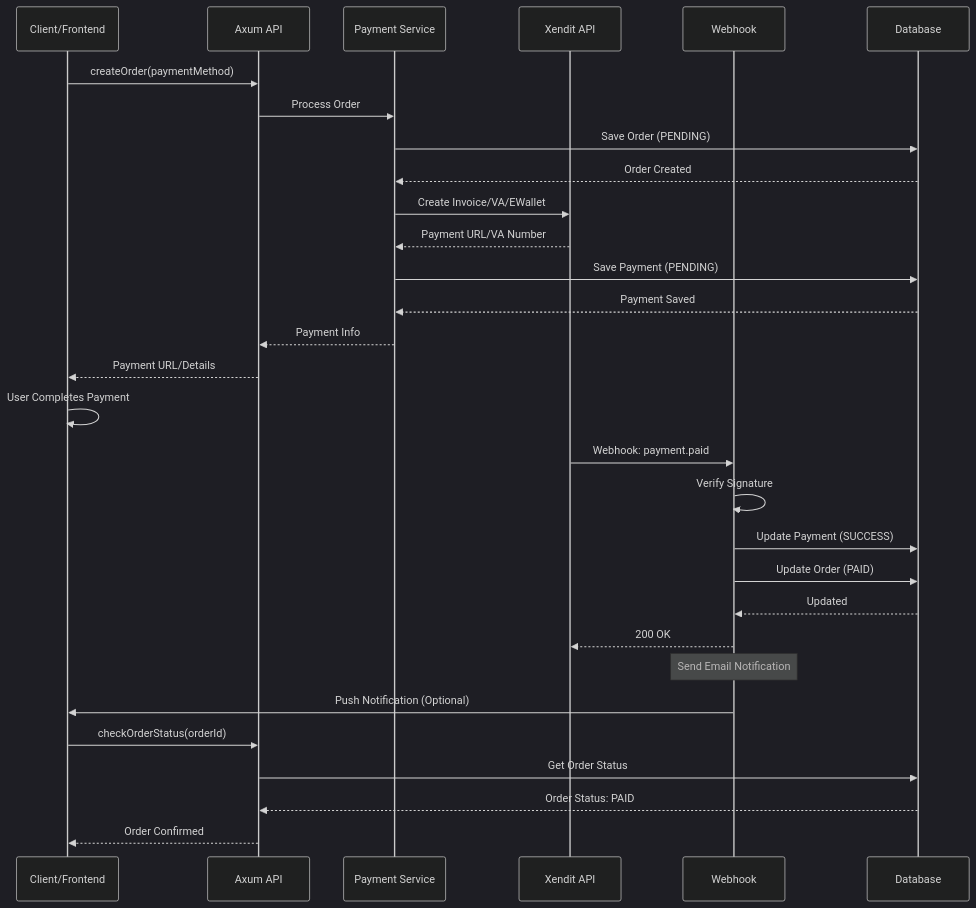
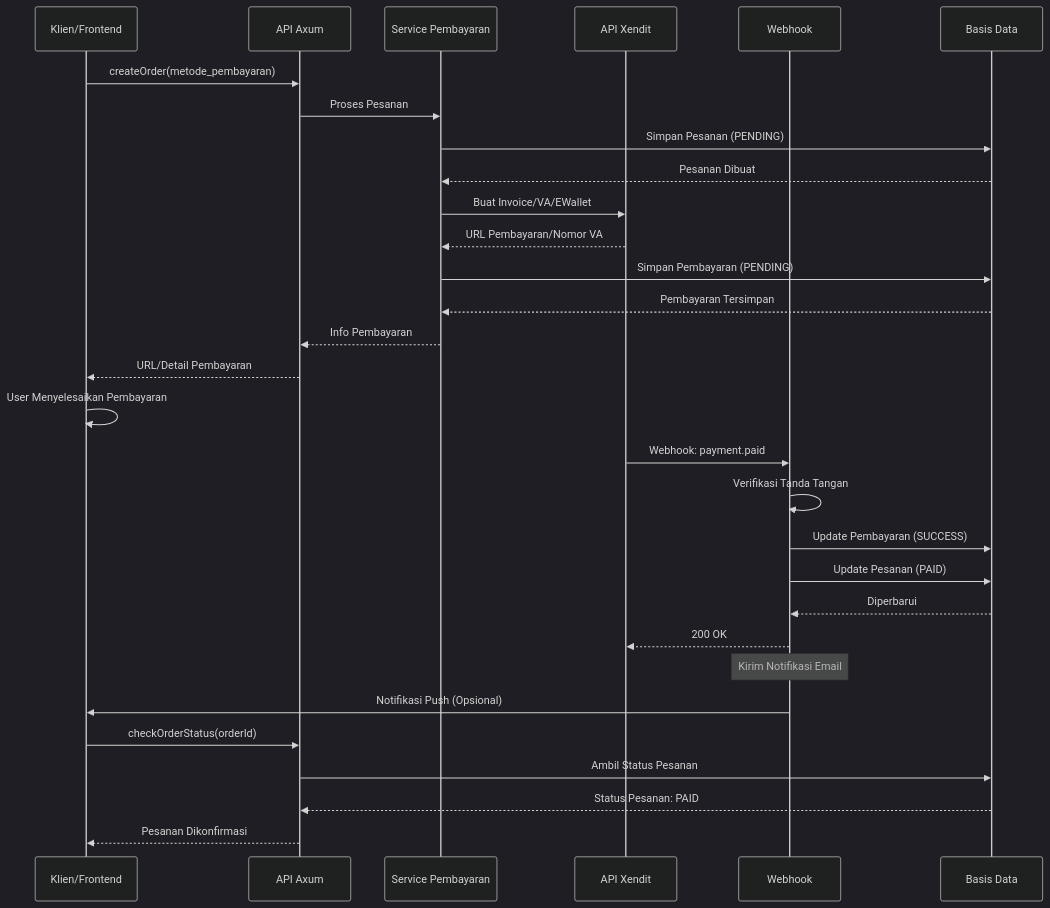
Before and after one commit to Gilbertt1214/be-toko-online-rust: the second of 4 diagrams in README.md, drawn with Mermaid (dark theme). The commit also changed other lines of this file, not shown here.

````diff
--- a/README.md
+++ b/README.md
@@ -419,38 +419,38 @@
 ```mermaid
 sequenceDiagram
-    participant C as Client/Frontend
-    participant A as Axum API
-    participant S as Payment Service
-    participant X as Xendit API
+    participant C as Klien/Frontend
+    participant A as API Axum
+    participant S as Service Pembayaran
+    participant X as API Xendit
     participant W as Webhook
-    participant D as Database
+    participant D as Basis Data
     
-    C->>A: createOrder(paymentMethod)
-    A->>S: Process Order
-    S->>D: Save Order (PENDING)
-    D-->>S: Order Created
+    C->>A: createOrder(metode_pembayaran)
+    A->>S: Proses Pesanan
+    S->>D: Simpan Pesanan (PENDING)
+    D-->>S: Pesanan Dibuat
     
-    S->>X: Create Invoice/VA/EWallet
-    X-->>S: Payment URL/VA Number
-    S->>D: Save Payment (PENDING)
-    D-->>S: Payment Saved
-    S-->>A: Payment Info
-    A-->>C: Payment URL/Details
+    S->>X: Buat Invoice/VA/EWallet
+    X-->>S: URL Pembayaran/Nomor VA
+    S->>D: Simpan Pembayaran (PENDING)
+    D-->>S: Pembayaran Tersimpan
+    S-->>A: Info Pembayaran
+    A-->>C: URL/Detail Pembayaran
     
-    C->>C: User Completes Payment
+    C->>C: User Menyelesaikan Pembayaran
     
     X->>W: Webhook: payment.paid
-    W->>W: Verify Signature
-    W->>D: Update Payment (SUCCESS)
-    W->>D: Update Order (PAID)
-    D-->>W: Updated
+    W->>W: Verifikasi Tanda Tangan
+    W->>D: Update Pembayaran (SUCCESS)
+    W->>D: Update Pesanan (PAID)
+    D-->>W: Diperbarui
     W-->>X: 200 OK
     
-    Note over W: Send Email Notification
-    W->>C: Push Notification (Optional)
+    Note over W: Kirim Notifikasi Email
+    W->>C: Notifikasi Push (Opsional)
     
     C->>A: checkOrderStatus(orderId)
-    A->>D: Get Order Status
-    D-->>A: Order Status: PAID
-    A-->>C: Order Confirmed
+    A->>D: Ambil Status Pesanan
+    D-->>A: Status Pesanan: PAID
+    A-->>C: Pesanan Dikonfirmasi
 ```
````
